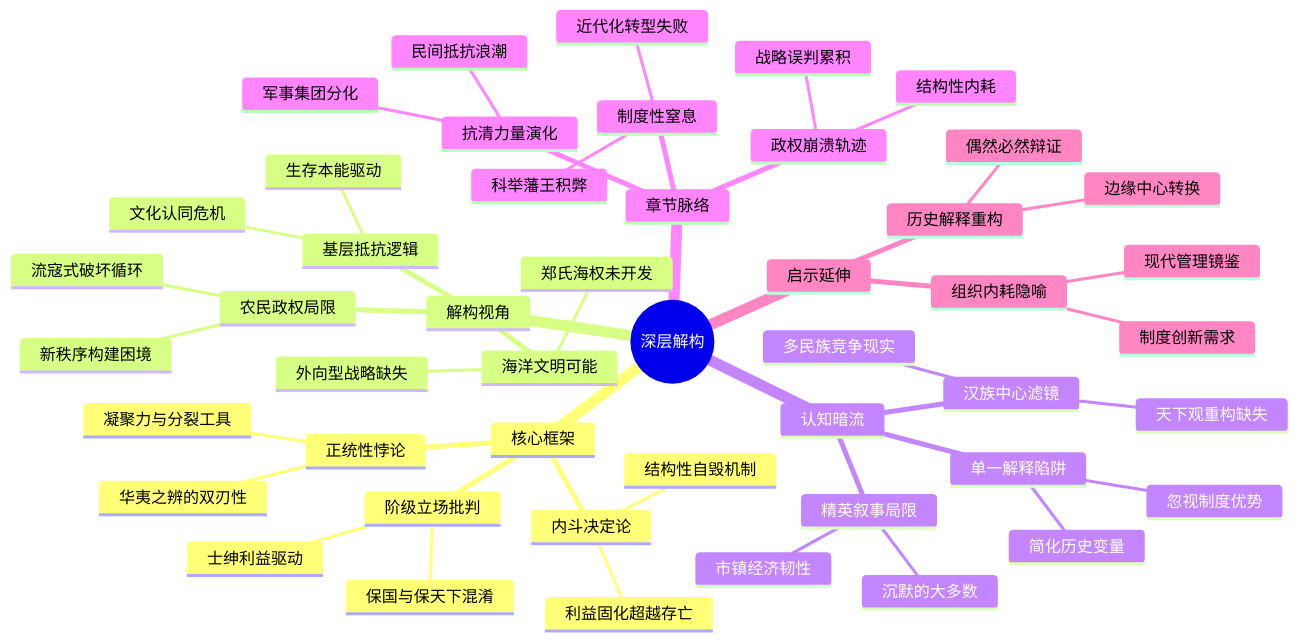
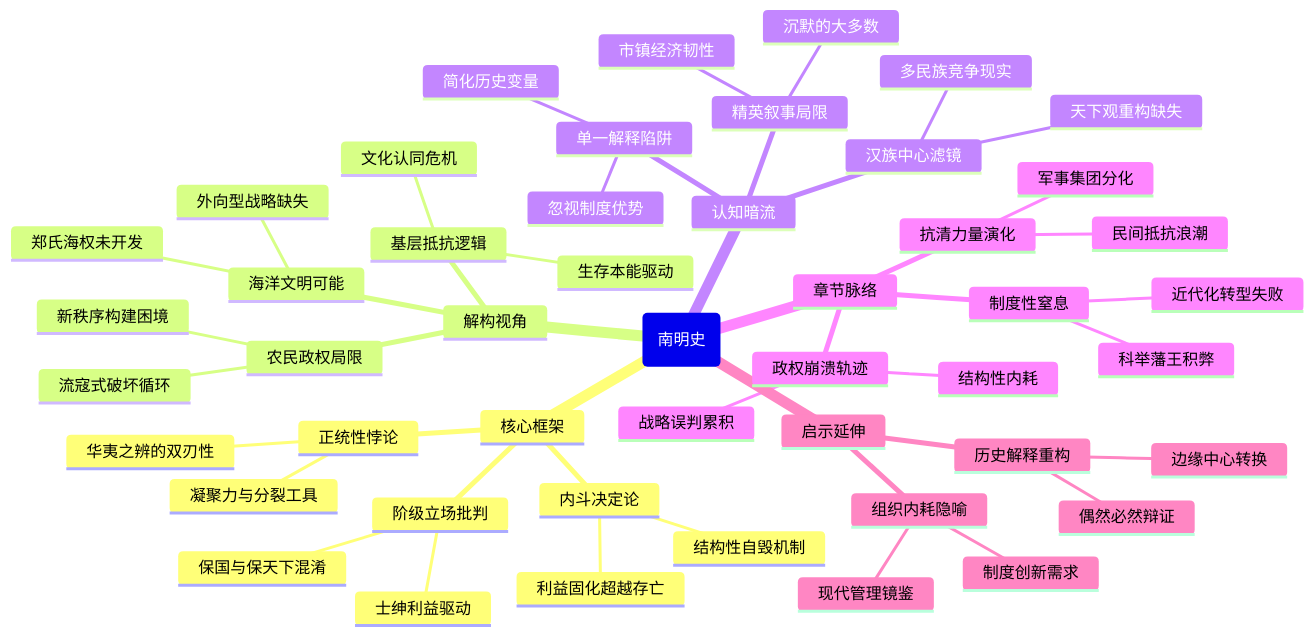
The diagram in 读书/中国历史/南明史——顾诚.md (funloss/funKnowledge), drawn with Mermaid before and after one commit. The commit also changed 74 other files, not shown here.

````diff
--- a/读书/中国历史/南明史——顾诚.md
+++ b/读书/中国历史/南明史——顾诚.md
@@ -3,55 +3,55 @@
 ```mermaid
 mindmap
-  root((深层解构))
+  root(南明史)
     核心框架
       内斗决定论
         结构性自毁机制
         利益固化超越存亡
       正统性悖论
         凝聚力与分裂工具
         华夷之辨的双刃性
       阶级立场批判
         保国与保天下混淆
         士绅利益驱动
     
     解构视角
       农民政权局限
         流寇式破坏循环
         新秩序构建困境
       海洋文明可能
         郑氏海权未开发
         外向型战略缺失
       基层抵抗逻辑
         文化认同危机
         生存本能驱动
     
     认知暗流
       单一解释陷阱
         忽视制度优势
         简化历史变量
       精英叙事局限
         沉默的大多数
         市镇经济韧性
       汉族中心滤镜
         多民族竞争现实
         天下观重构缺失
     
     章节脉络
       政权崩溃轨迹
         结构性内耗
         战略误判累积
       抗清力量演化
         军事集团分化
         民间抵抗浪潮
       制度性窒息
         科举藩王积弊
         近代化转型失败
     
     启示延伸
       组织内耗隐喻
         现代管理镜鉴
         制度创新需求
       历史解释重构
         偶然必然辩证
         边缘中心转换
 ``` 
````
